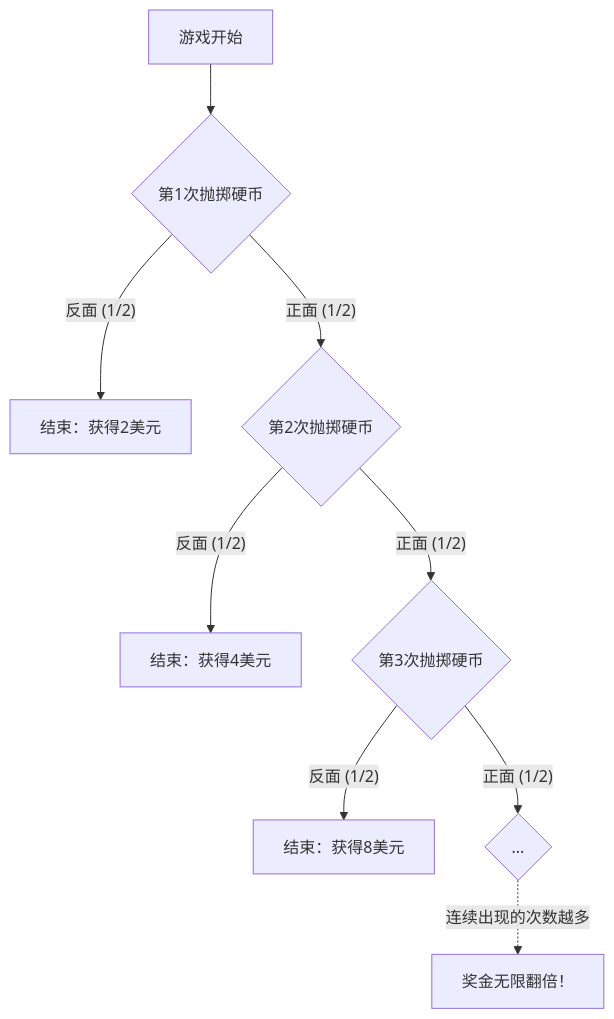
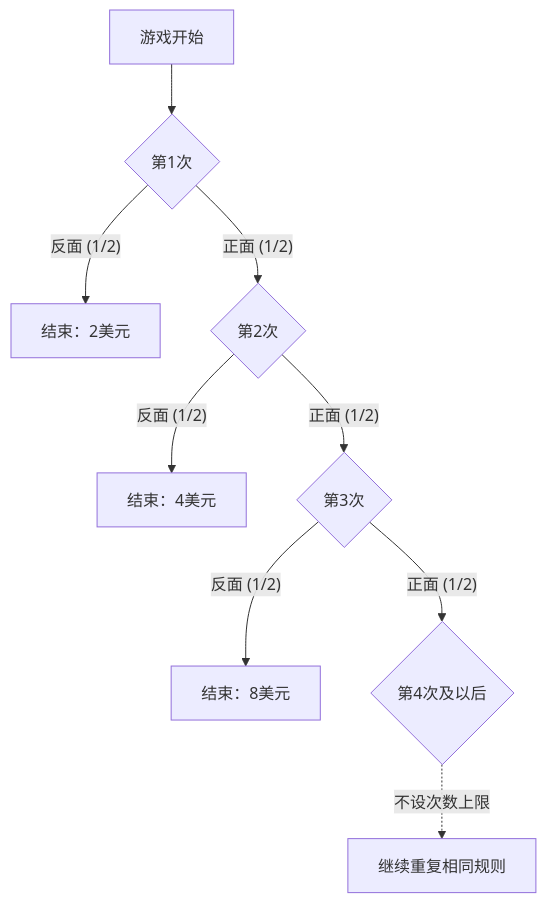
Before and after one commit to kenjinote/blog: the diagram in content/post/サンクトペテルブルクのパラドックス/index.zh-cn.md, drawn with Mermaid. The commit also changed other lines of this file and 8 other files, not shown here.

````diff
--- a/content/post/サンクトペテルブルクのパラドックス/index.zh-cn.md
+++ b/content/post/サンクトペテルブルクのパラドックス/index.zh-cn.md
@@ -33,15 +32,11 @@
 ```mermaid
 graph TD
-    Start["游戏开始"] --> Toss1{"第1次抛掷硬币"}
-    
-    Toss1 -->|"反面 (1/2)"| End1["结束：获得2美元"]
-    Toss1 -->|"正面 (1/2)"| Toss2{"第2次抛掷硬币"}
-    
-    Toss2 -->|"反面 (1/2)"| End2["结束：获得4美元"]
-    Toss2 -->|"正面 (1/2)"| Toss3{"第3次抛掷硬币"}
-    
-    Toss3 -->|"反面 (1/2)"| End3["结束：获得8美元"]
-    Toss3 -->|"正面 (1/2)"| Toss4{"..."}
-    
-    Toss4 -.->|"连续出现的次数越多"| Infinite["奖金无限翻倍！"]
+    Start["游戏开始"] --> Toss1{"第1次"}
+    Toss1 -->|"反面 (1/2)"| End1["结束：2美元"]
+    Toss1 -->|"正面 (1/2)"| Toss2{"第2次"}
+    Toss2 -->|"反面 (1/2)"| End2["结束：4美元"]
+    Toss2 -->|"正面 (1/2)"| Toss3{"第3次"}
+    Toss3 -->|"反面 (1/2)"| End3["结束：8美元"]
+    Toss3 -->|"正面 (1/2)"| Toss4{"第4次及以后"}
+    Toss4 -.->|"不设次数上限"| Continue["继续重复相同规则"]
 ```
````
